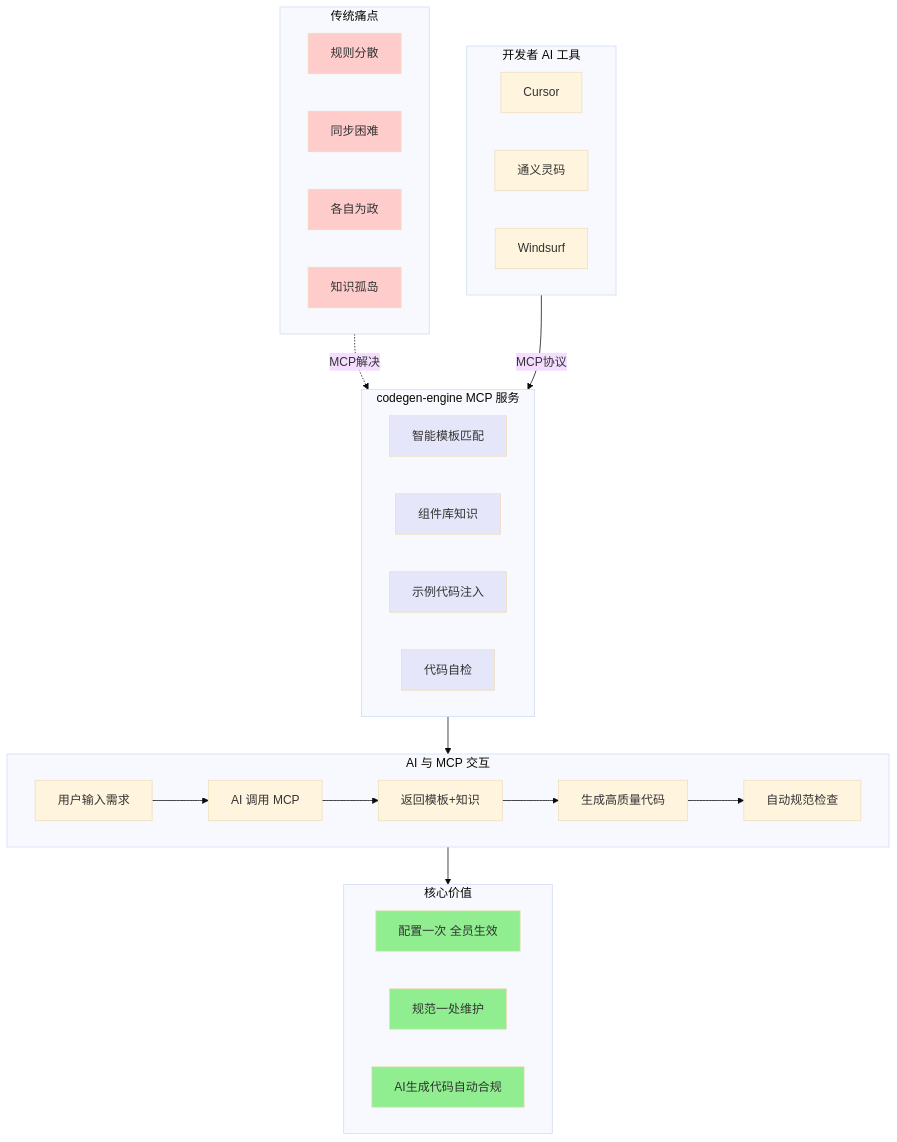
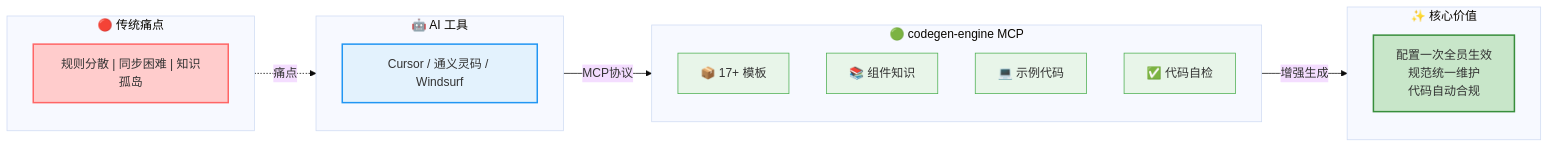
One commit to xiaoniuge36/codegen-engine-mcp changed the first of 4 diagrams in 🤖AI驱动的B端页面开发指南（MCP版）.md. Above: the diagram before and after it, drawn with Mermaid (base theme).

Commit message:
style: redesign MCP panorama diagram for better layout

````diff
--- a/🤖AI驱动的B端页面开发指南（MCP版）.md
+++ b/🤖AI驱动的B端页面开发指南（MCP版）.md
@@ -59,52 +59,37 @@
 ```mermaid
-flowchart TB
-    subgraph Problems["传统痛点"]
-        P1["规则分散"]
-        P2["同步困难"]
-        P3["各自为政"]
-        P4["知识孤岛"]
+flowchart LR
+    subgraph Input["🔴 传统痛点"]
+        direction TB
+        P["规则分散 | 同步困难 | 知识孤岛"]
     end
 
-    subgraph Users["开发者 AI 工具"]
-        U1["Cursor"]
-        U2["通义灵码"]
-        U3["Windsurf"]
+    subgraph AI["🤖 AI 工具"]
+        direction TB
+        A["Cursor / 通义灵码 / Windsurf"]
     end
 
-    subgraph MCPService["codegen-engine MCP 服务"]
-        C1["智能模板匹配"]
-        C2["组件库知识"]
-        C3["示例代码注入"]
-        C4["代码自检"]
+    subgraph MCP["🟢 codegen-engine MCP"]
+        direction TB
+        M1["📦 17+ 模板"]
+        M2["📚 组件知识"]
+        M3["💻 示例代码"]
+        M4["✅ 代码自检"]
     end
 
-    subgraph Flow["AI 与 MCP 交互"]
-        I1["用户输入需求"] --> I2["AI 调用 MCP"]
-        I2 --> I3["返回模板+知识"]
-        I3 --> I4["生成高质量代码"]
-        I4 --> I5["自动规范检查"]
+    subgraph Output["✨ 核心价值"]
+        direction TB
+        O["配置一次全员生效<br/>规范统一维护<br/>代码自动合规"]
     end
 
-    subgraph Value["核心价值"]
-        V1["配置一次 全员生效"]
-        V2["规范一处维护"]
-        V3["AI生成代码自动合规"]
-    end
+    Input -.->|痛点| AI
+    AI -->|MCP协议| MCP
+    MCP -->|增强生成| Output
 
-    Problems -.->|MCP解决| MCPService
-    Users -->|MCP协议| MCPService
-    MCPService --> Flow
-    Flow --> Value
-
-    style P1 fill:#ffcccc
-    style P2 fill:#ffcccc
-    style P3 fill:#ffcccc
-    style P4 fill:#ffcccc
-    style C1 fill:#E6E6FA
-    style C2 fill:#E6E6FA
-    style C3 fill:#E6E6FA
-    style C4 fill:#E6E6FA
-    style V1 fill:#90EE90
-    style V2 fill:#90EE90
-    style V3 fill:#90EE90
+    style P fill:#ffcccc,stroke:#ff6666,stroke-width:2px
+    style A fill:#e3f2fd,stroke:#2196f3,stroke-width:2px
+    style M1 fill:#e8f5e9,stroke:#4caf50
+    style M2 fill:#e8f5e9,stroke:#4caf50
+    style M3 fill:#e8f5e9,stroke:#4caf50
+    style M4 fill:#e8f5e9,stroke:#4caf50
+    style O fill:#c8e6c9,stroke:#388e3c,stroke-width:2px
 ```
````
